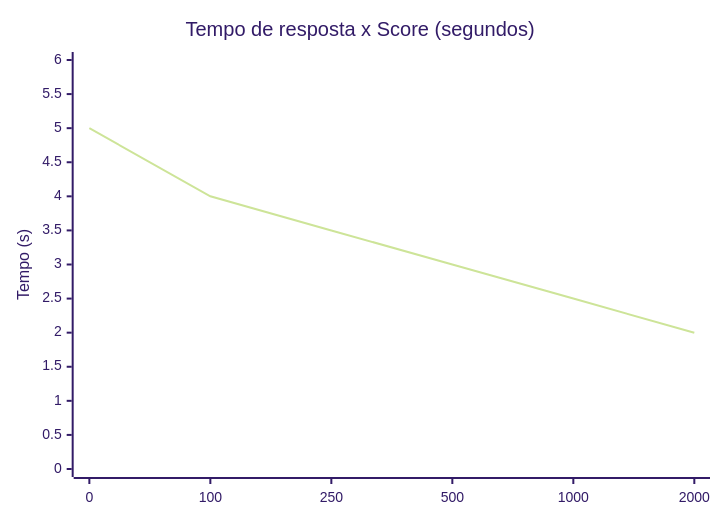
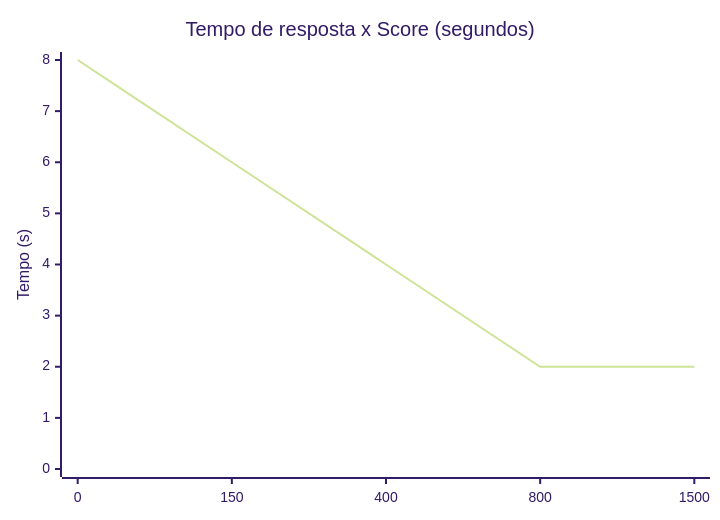
Before and after one commit to equipe-projetos/DinoMath-Run: the fifth of 9 diagrams in docs/DinoMath_GDD.md, drawn with Mermaid (forest theme). The commit also changed other lines of this file and 2 other files, not shown here.

Commit message:
fix(difficulty): suaviza tempo de resposta e espaçamento inicial dos obstáculos

````diff
--- a/docs/DinoMath_GDD.md
+++ b/docs/DinoMath_GDD.md
@@ -514,7 +513,7 @@
 ```mermaid
 xychart-beta
     title "Tempo de resposta x Score (segundos)"
-    x-axis [0, 100, 250, 500, 1000, 2000]
-    y-axis "Tempo (s)" 0 --> 6
-    line [5.0, 4.0, 3.5, 3.0, 2.5, 2.0]
+    x-axis [0, 150, 400, 800, 1500]
+    y-axis "Tempo (s)" 0 --> 8
+    line [8.0, 6.0, 4.0, 2.0, 2.0]
 ```
````
